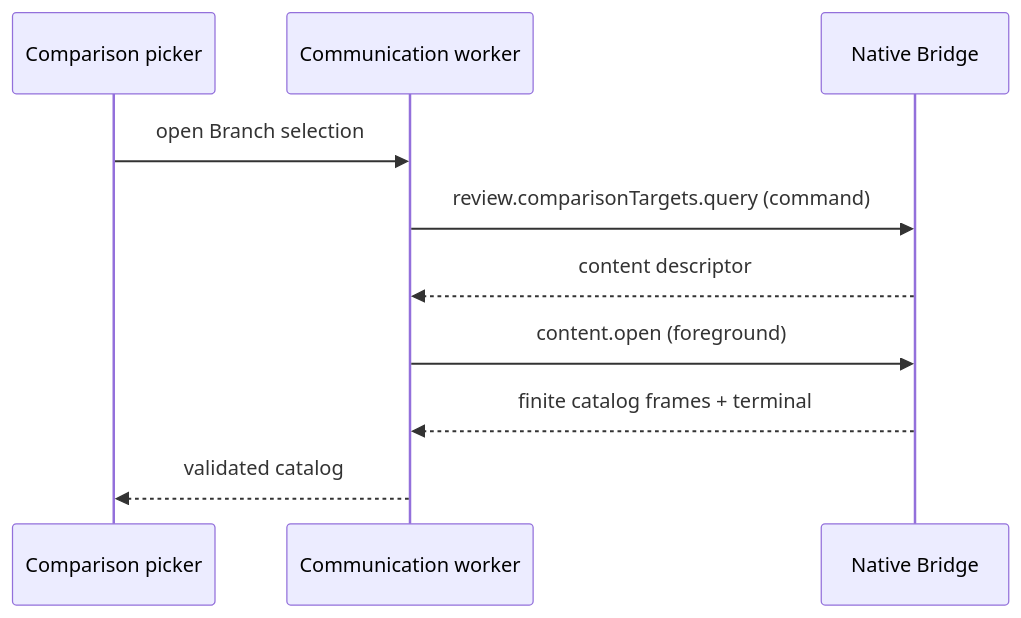
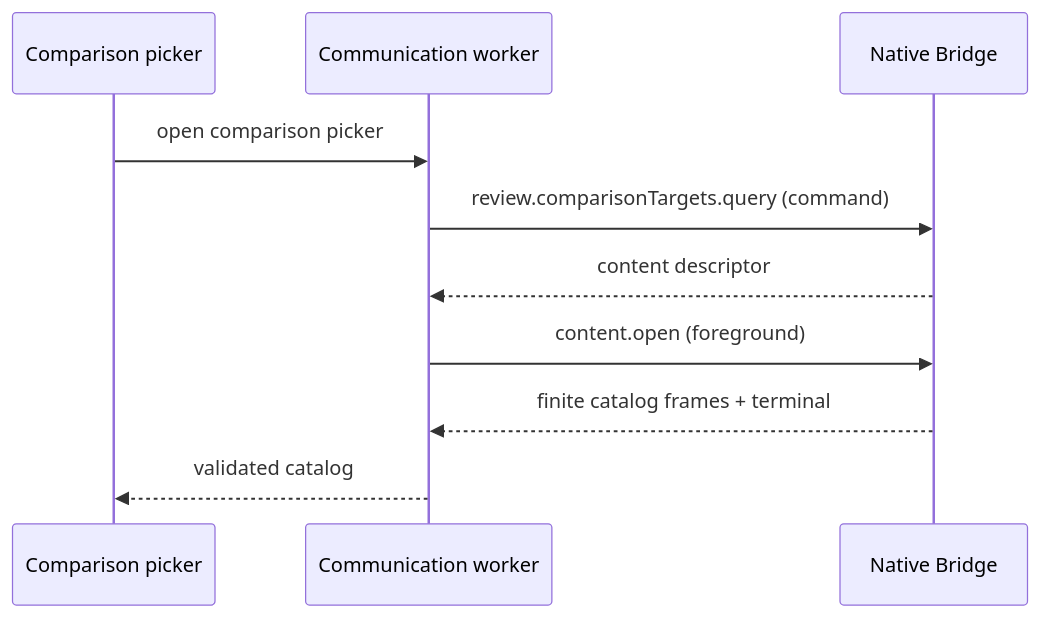
The second of 3 diagrams in docs/specs/2026-08-10-bridge-review-comparison-target-loading/specification.md (ShravanSunder/agentstudio), drawn with Mermaid before and after one commit. The commit also changed other lines of this file and 36 other files, not shown here.

````diff
--- a/docs/specs/2026-08-10-bridge-review-comparison-target-loading/specification.md
+++ b/docs/specs/2026-08-10-bridge-review-comparison-target-loading/specification.md
@@ -83,12 +84,12 @@
 ```mermaid
 sequenceDiagram
     participant UI as Comparison picker
     participant W as Communication worker
     participant N as Native Bridge
-    UI->>W: open Branch selection
+    UI->>W: open comparison picker
     W->>N: review.comparisonTargets.query (command)
     N-->>W: content descriptor
     W->>N: content.open (foreground)
     N-->>W: finite catalog frames + terminal
     W-->>UI: validated catalog
 ```
````
